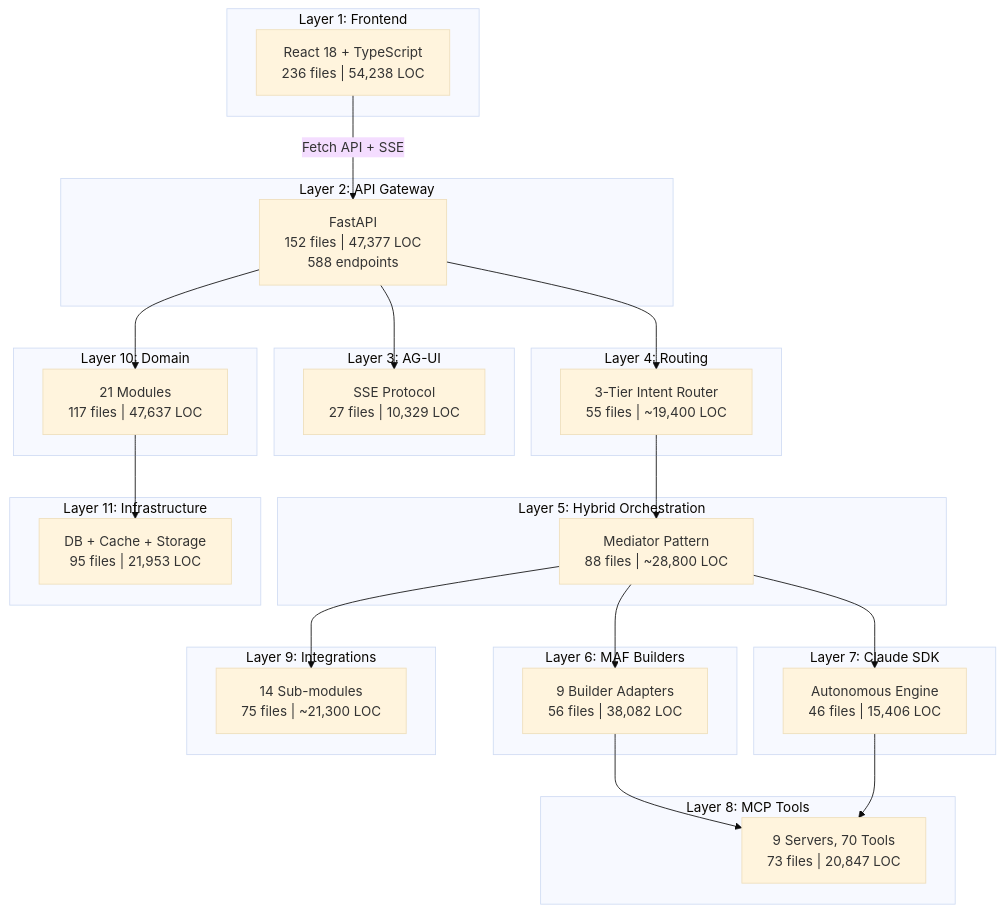
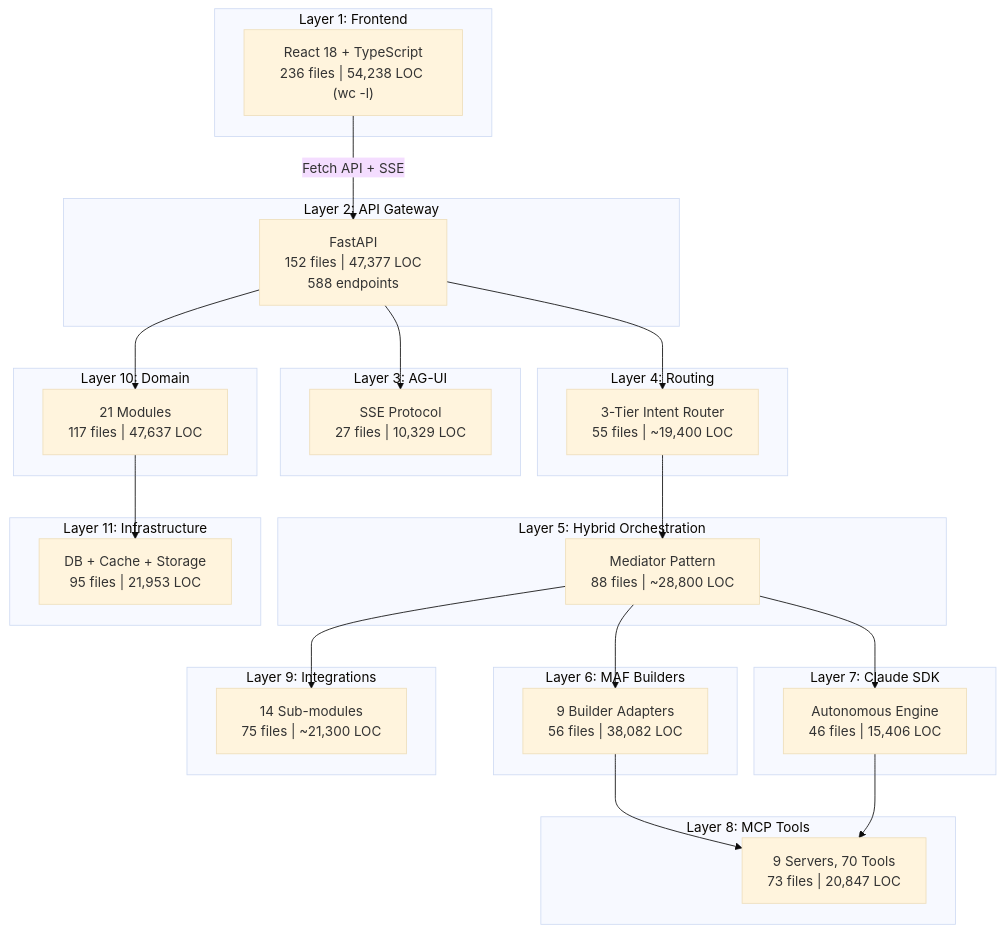
Before and after one commit to laitim2001/ai-semantic-kernel-framework-project: the diagram in docs/07-analysis/V9/00-stats.md, drawn with Mermaid (base theme). The commit also changed other lines of this file and 7 other files, not shown here.

````diff
--- a/docs/07-analysis/V9/00-stats.md
+++ b/docs/07-analysis/V9/00-stats.md
@@ -21,48 +21,48 @@
 ```mermaid
 graph TB
     subgraph "Layer 1: Frontend"
-        FE["React 18 + TypeScript<br/>236 files | 54,238 LOC"]
+        FE["React 18 + TypeScript<br/>236 files | 54,238 LOC (wc -l)"]
     end
     subgraph "Layer 2: API Gateway"
         API["FastAPI<br/>152 files | 47,377 LOC<br/>588 endpoints"]
     end
     subgraph "Layer 3: AG-UI"
         AGUI["SSE Protocol<br/>27 files | 10,329 LOC"]
     end
     subgraph "Layer 4: Routing"
         ROUTE["3-Tier Intent Router<br/>55 files | ~19,400 LOC"]
     end
     subgraph "Layer 5: Hybrid Orchestration"
         HYBRID["Mediator Pattern<br/>88 files | ~28,800 LOC"]
     end
     subgraph "Layer 6: MAF Builders"
         MAF["9 Builder Adapters<br/>56 files | 38,082 LOC"]
     end
     subgraph "Layer 7: Claude SDK"
         CLAUDE["Autonomous Engine<br/>46 files | 15,406 LOC"]
     end
     subgraph "Layer 8: MCP Tools"
         MCP["9 Servers, 70 Tools<br/>73 files | 20,847 LOC"]
     end
     subgraph "Layer 9: Integrations"
         INT["14 Sub-modules<br/>75 files | ~21,300 LOC"]
     end
     subgraph "Layer 10: Domain"
         DOM["21 Modules<br/>117 files | 47,637 LOC"]
     end
     subgraph "Layer 11: Infrastructure"
         INFRA["DB + Cache + Storage<br/>95 files | 21,953 LOC"]
     end
 
     FE -->|"Fetch API + SSE"| API
     API --> AGUI
     API --> ROUTE
     ROUTE --> HYBRID
     HYBRID --> MAF
     HYBRID --> CLAUDE
     MAF --> MCP
     CLAUDE --> MCP
     HYBRID --> INT
     API --> DOM
     DOM --> INFRA
 ```
````
